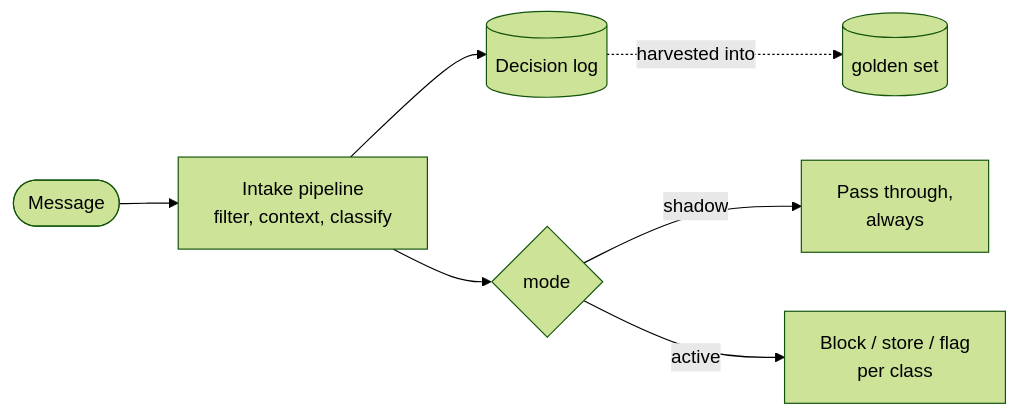
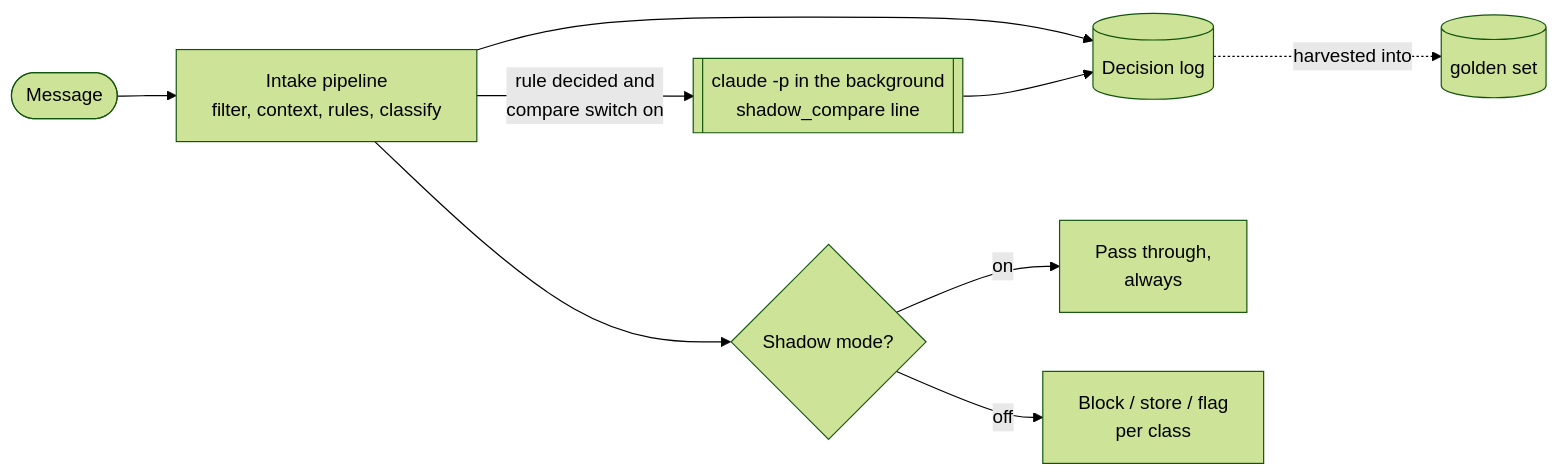
Before and after one commit to 0xEl1yahu/queue-switchclaude: diagram 12 of 12 in docs/flows.md, drawn with Mermaid (forest theme). The commit also changed other lines of this file and 9 other files, not shown here.

````diff
--- a/docs/flows.md
+++ b/docs/flows.md
@@ -406,9 +406,11 @@
 ```mermaid
 flowchart LR
-    M([Message]) --> IN[Intake pipeline<br/>filter, context, classify]
+    M([Message]) --> IN[Intake pipeline<br/>filter, context, rules, classify]
     IN --> L[(Decision log)]
-    IN --> G{mode}
-    G -- shadow --> PASS[Pass through,<br/>always]
-    G -- active --> ACT[Block / store / flag<br/>per class]
+    IN --> G{Shadow mode?}
+    G -- on --> PASS[Pass through,<br/>always]
+    G -- off --> ACT[Block / store / flag<br/>per class]
+    IN -- "rule decided and<br/>compare switch on" --> CMP[[claude -p in the background<br/>shadow_compare line]]
+    CMP --> L
     L -. harvested into .-> GS[(golden set)]
 ```
````
